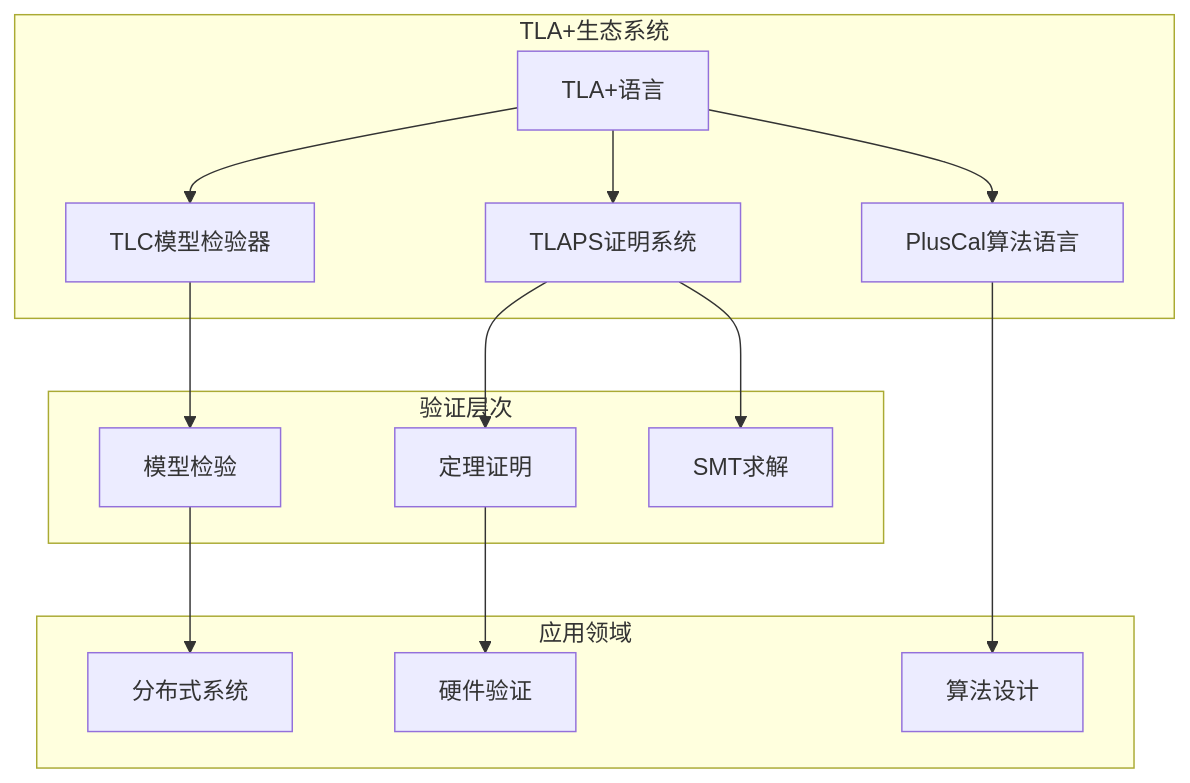
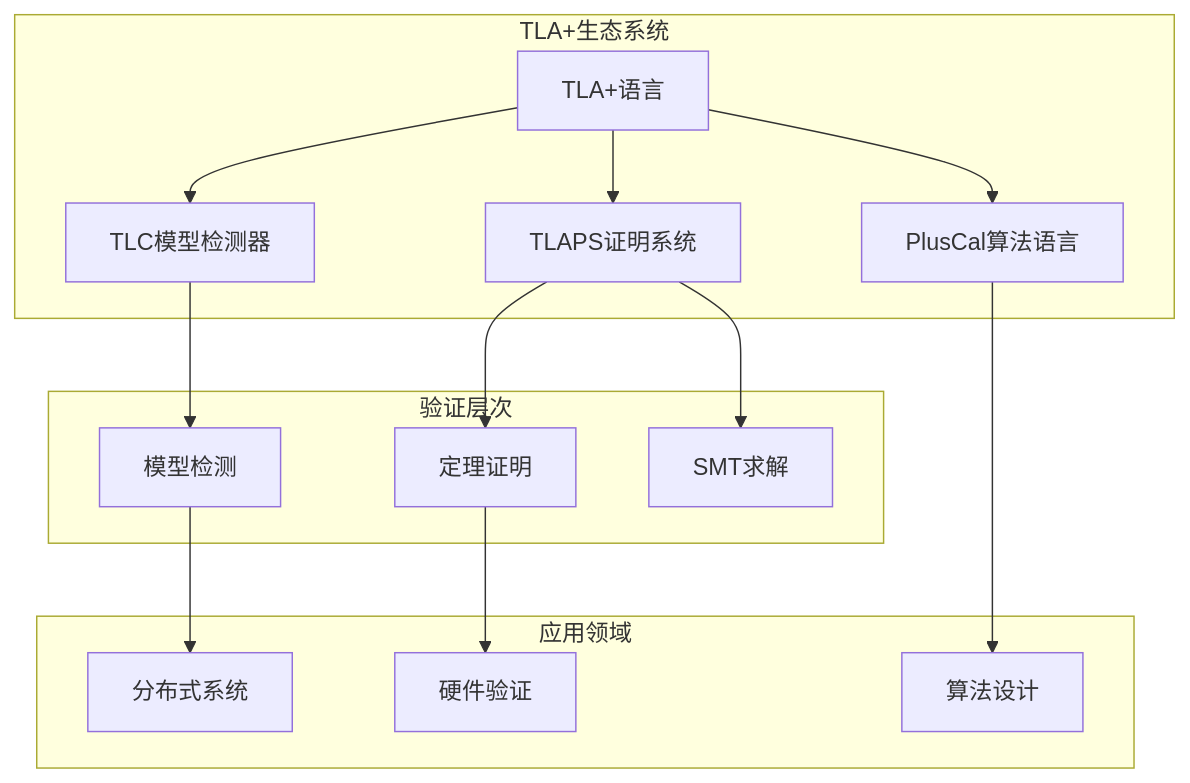
The first of 4 diagrams in formal-methods/05-verification/01-logic/01-tla-plus.md (AdaMartin18010/AnalysisDataFlow), drawn with Mermaid before and after one commit. The commit also changed other lines of this file and 129 other files, not shown here.

````diff
--- a/formal-methods/05-verification/01-logic/01-tla-plus.md
+++ b/formal-methods/05-verification/01-logic/01-tla-plus.md
@@ -97,31 +97,31 @@
 ```mermaid
 graph TB
     subgraph TLA+生态系统
         TLA[TLA+语言]
-        TLC[TLC模型检验器]
+        TLC[TLC模型检测器]
         TLAPS[TLAPS证明系统]
         PlusCal[PlusCal算法语言]
     end
 
     subgraph 验证层次
-        MC[模型检验]
+        MC[模型检测]
         TP[定理证明]
         SMT[SMT求解]
     end
 
     subgraph 应用领域
         DistSys[分布式系统]
         HW[硬件验证]
         Algos[算法设计]
     end
 
     TLA --> PlusCal
     TLA --> TLC
     TLA --> TLAPS
     TLC --> MC
     TLAPS --> TP
     TLAPS --> SMT
     MC --> DistSys
     TP --> HW
     PlusCal --> Algos
 ```
````
